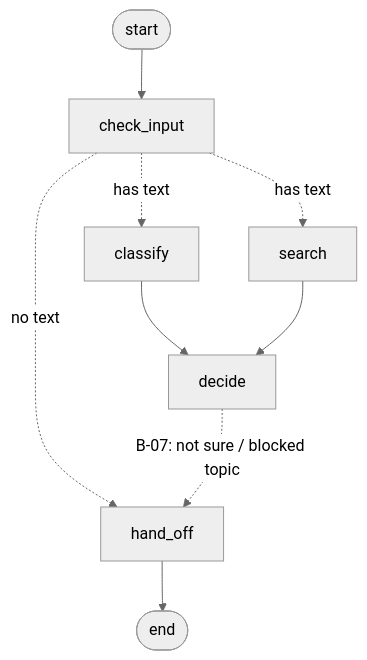
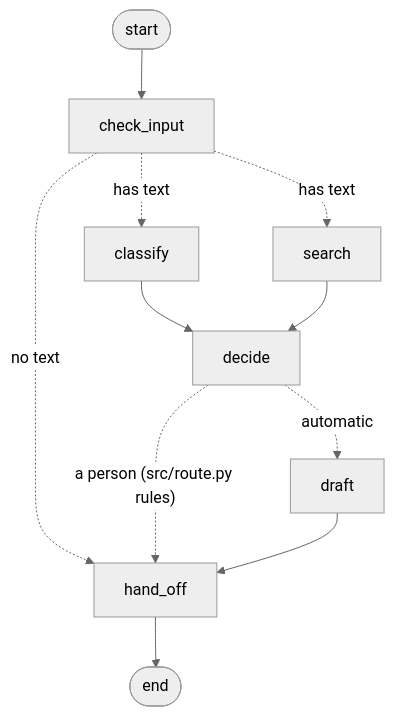
Before and after one commit to sanjaya/cloudserve-support-triage: the diagram in docs/architecture.md, drawn with Mermaid (neutral theme). The commit also changed other lines of this file and 10 other files, not shown here.

````diff
--- a/docs/architecture.md
+++ b/docs/architecture.md
@@ -21,11 +21,13 @@
 ```mermaid
 graph TD
     START([start]) --> check_input
     check_input -. has text .-> classify
     check_input -. has text .-> search
     check_input -. no text .-> hand_off
     classify --> decide
     search --> decide
-    decide -. "B-07: not sure / blocked topic" .-> hand_off
+    decide -. "a person (src/route.py rules)" .-> hand_off
+    decide -. "automatic" .-> draft
+    draft --> hand_off
     hand_off --> END([end])
 ```
````
